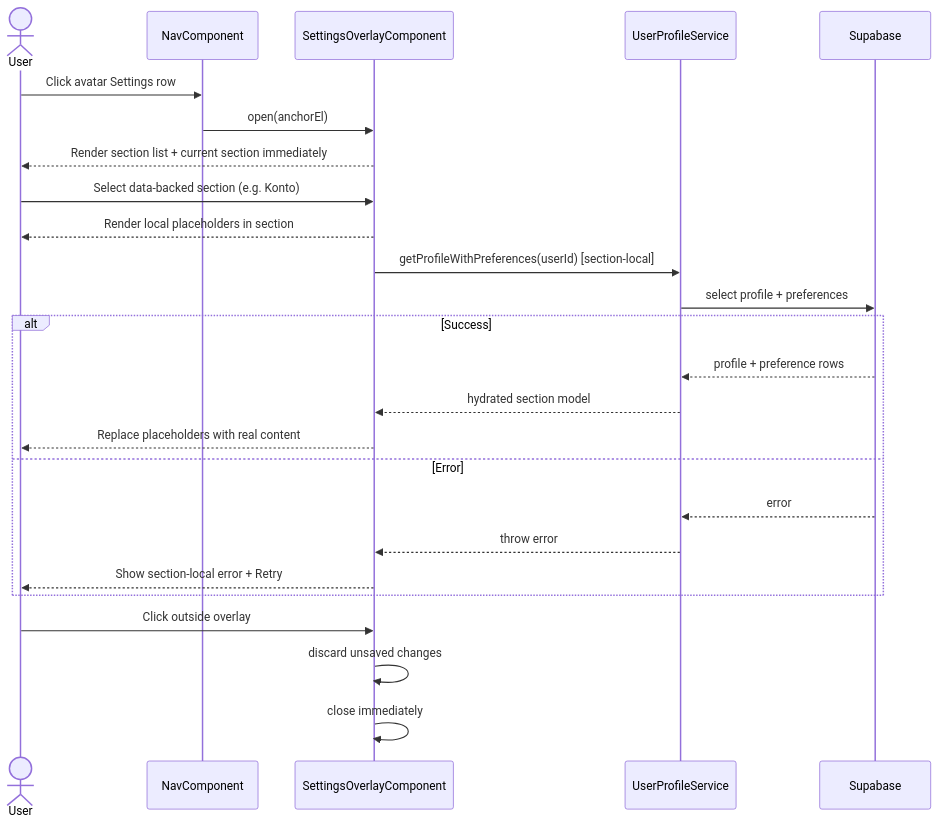
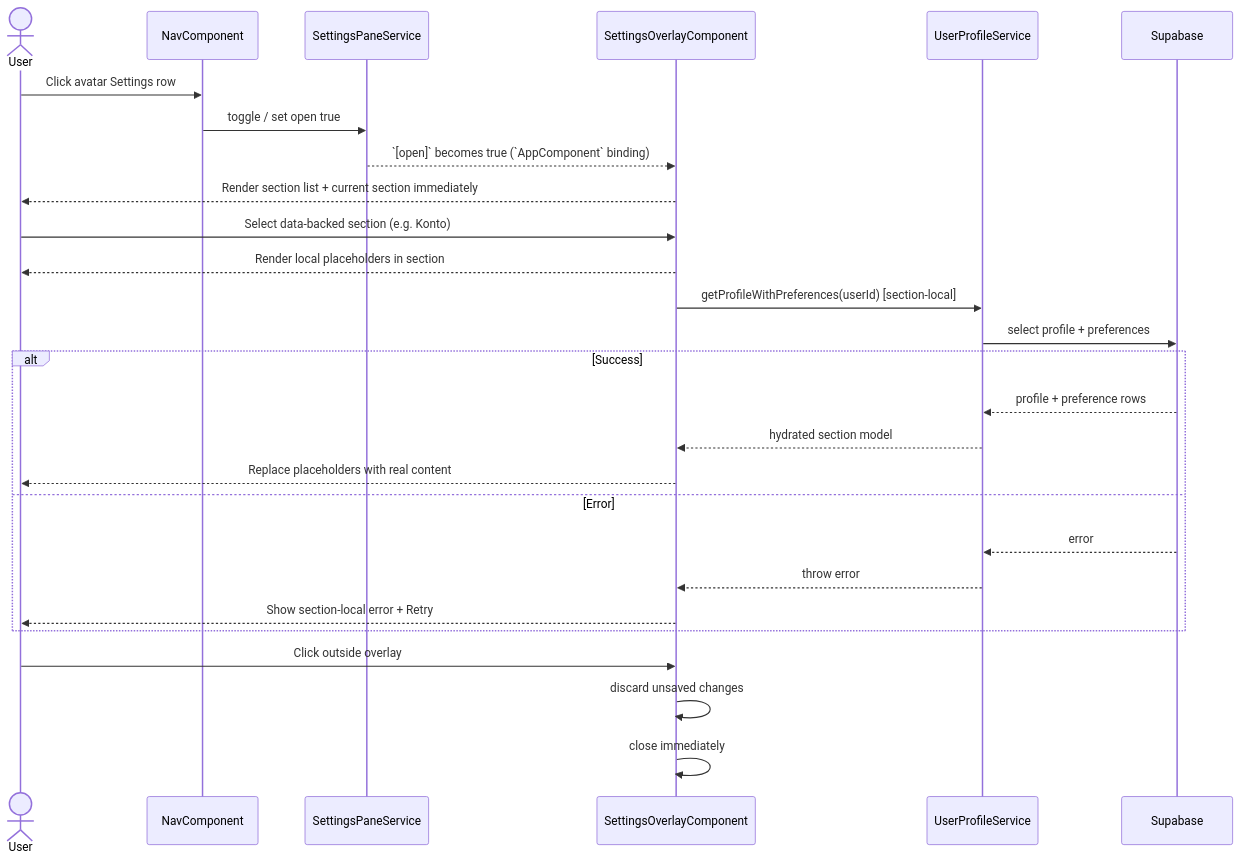
One commit to matkleve/feldpost changed the third of 3 diagrams in docs/specs/ui/settings-overlay/settings-overlay.md. Above: the diagram before and after it, drawn with Mermaid. The commit also changed other lines of this file and 28 other files, not shown here.

````diff
--- a/docs/specs/ui/settings-overlay/settings-overlay.md
+++ b/docs/specs/ui/settings-overlay/settings-overlay.md
@@ -156,29 +156,31 @@
 ```mermaid
 sequenceDiagram
     actor U as User
     participant N as NavComponent
+    participant SP as SettingsPaneService
     participant O as SettingsOverlayComponent
     participant P as UserProfileService
     participant S as Supabase
 
     U->>N: Click avatar Settings row
-    N->>O: open(anchorEl)
+    N->>SP: toggle / set open true
+    SP-->>O: `[open]` becomes true (`AppComponent` binding)
     O-->>U: Render section list + current section immediately
     U->>O: Select data-backed section (e.g. Konto)
     O-->>U: Render local placeholders in section
     O->>P: getProfileWithPreferences(userId) [section-local]
     P->>S: select profile + preferences
     alt Success
         S-->>P: profile + preference rows
         P-->>O: hydrated section model
         O-->>U: Replace placeholders with real content
     else Error
         S-->>P: error
         P-->>O: throw error
         O-->>U: Show section-local error + Retry
     end
 
     U->>O: Click outside overlay
     O->>O: discard unsaved changes
     O->>O: close immediately
 ```
````
